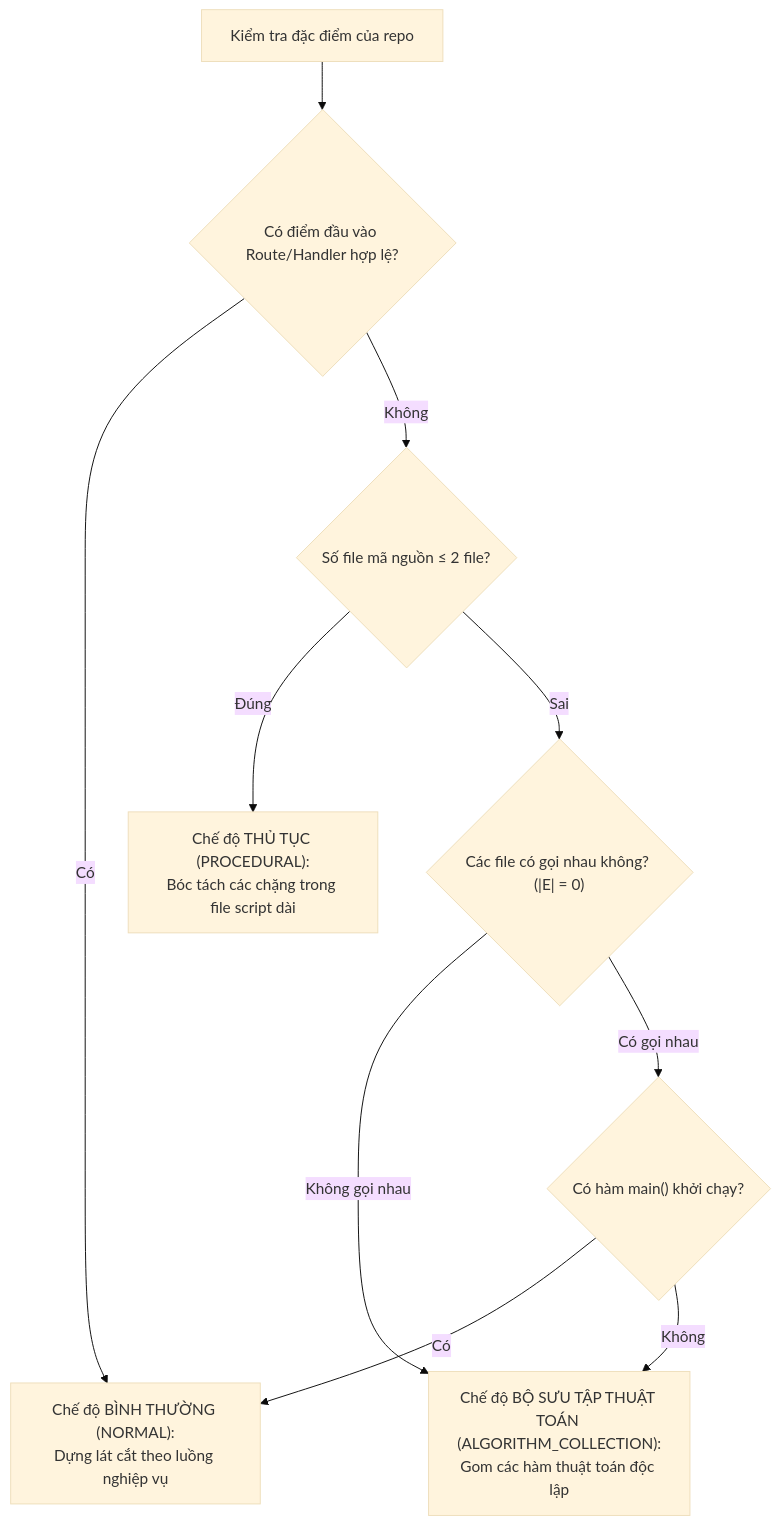
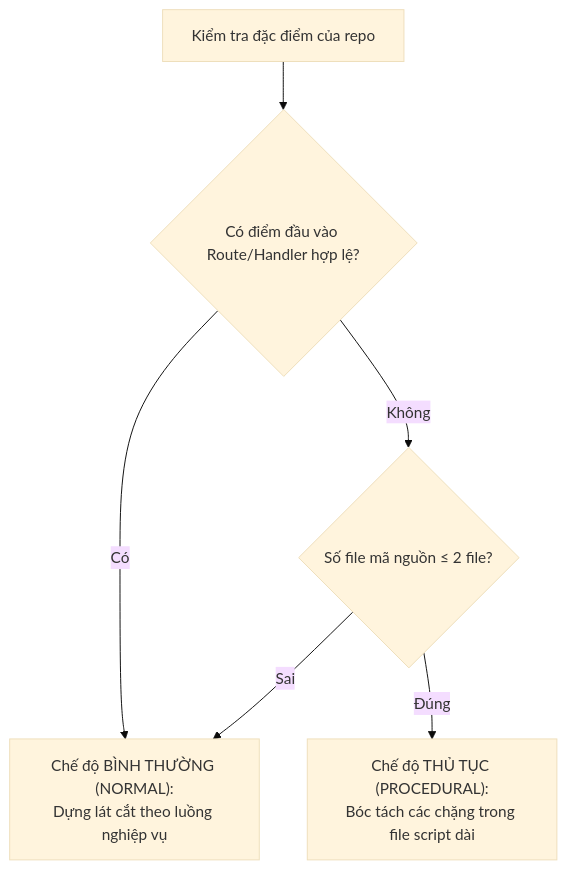
The eighth of 14 diagrams in doc-de-hieu/02_engine.md (huynhthanhnhannnh-pixel/Hackathon_SGU), drawn with Mermaid (base theme) before and after one commit. The commit also changed other lines of this file and 10 other files, not shown here.

First line of the commit message:
docs: D-52 bỏ chế độ ALGORITHM_COLLECTION và node gom nhóm

````diff
--- a/doc-de-hieu/02_engine.md
+++ b/doc-de-hieu/02_engine.md
@@ -712,12 +712,8 @@
 ```mermaid
 flowchart TD
   START["Kiểm tra đặc điểm của repo"] --> CHK_ENTRY{"Có điểm đầu vào Route/Handler hợp lệ?"}
   CHK_ENTRY -- "Có" --> MODE_NORMAL["Chế độ BÌNH THƯỜNG (NORMAL):<br/>Dựng lát cắt theo luồng nghiệp vụ"]
   CHK_ENTRY -- "Không" --> CHK_FILES{"Số file mã nguồn ≤ 2 file?"}
   CHK_FILES -- "Đúng" --> MODE_PROC["Chế độ THỦ TỤC (PROCEDURAL):<br/>Bóc tách các chặng trong file script dài"]
-  CHK_FILES -- "Sai" --> CHK_EDGES{"Các file có gọi nhau không? (|E| = 0)"}
-  CHK_EDGES -- "Không gọi nhau" --> MODE_ALGO["Chế độ BỘ SƯU TẬP THUẬT TOÁN (ALGORITHM_COLLECTION):<br/>Gom các hàm thuật toán độc lập"]
-  CHK_EDGES -- "Có gọi nhau" --> CHK_MAIN{"Có hàm main() khởi chạy?"}
-  CHK_MAIN -- "Có" --> MODE_NORMAL
-  CHK_MAIN -- "Không" --> MODE_ALGO
+  CHK_FILES -- "Sai" --> MODE_NORMAL
 ```
````
